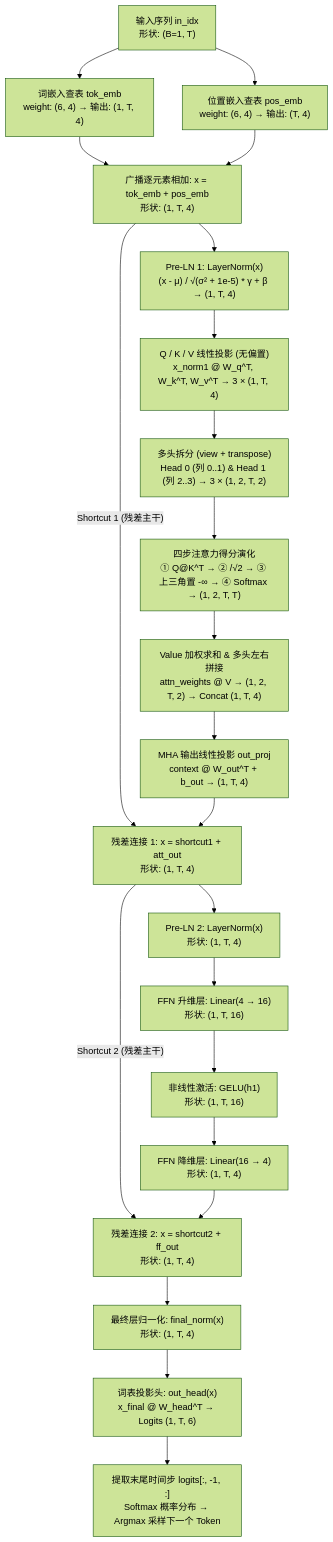
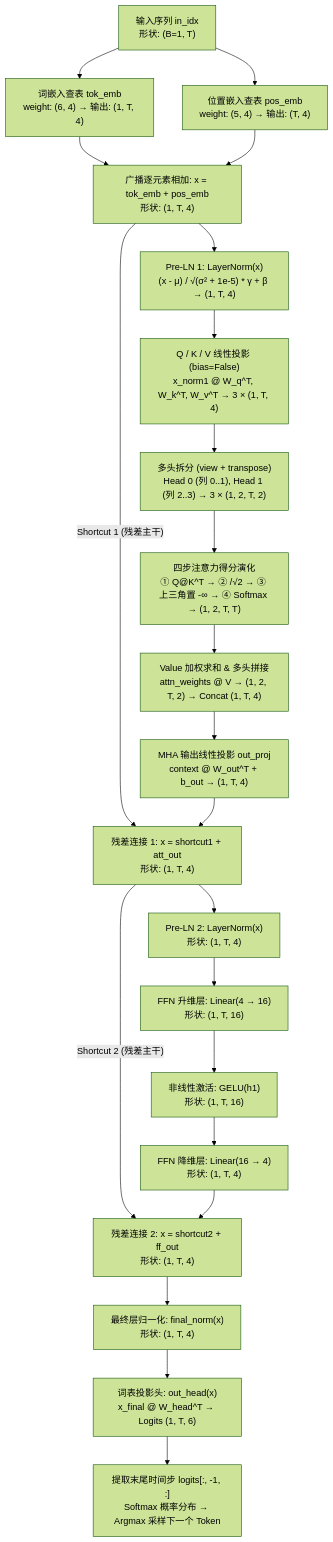
The diagram in gpt2toy/gpt2toy_dissection.md (kuafu/LLMs-from-scratch), drawn with Mermaid (forest theme) before and after one commit. The commit also changed other lines of this file and 12 other files, not shown here.

````diff
--- a/gpt2toy/gpt2toy_dissection.md
+++ b/gpt2toy/gpt2toy_dissection.md
@@ -17,24 +19,24 @@
 ```mermaid
 flowchart TD
     In["输入序列 in_idx<br/>形状: (B=1, T)"] --> TokEmb["词嵌入查表 tok_emb<br/>weight: (6, 4) → 输出: (1, T, 4)"]
-    In --> PosEmb["位置嵌入查表 pos_emb<br/>weight: (6, 4) → 输出: (T, 4)"]
+    In --> PosEmb["位置嵌入查表 pos_emb<br/>weight: (5, 4) → 输出: (T, 4)"]
     TokEmb --> AddEmb["广播逐元素相加: x = tok_emb + pos_emb<br/>形状: (1, T, 4)"]
     PosEmb --> AddEmb
     AddEmb --> LN1["Pre-LN 1: LayerNorm(x)<br/>(x - μ) / √(σ² + 1e-5) * γ + β → (1, T, 4)"]
-    LN1 --> QKV["Q / K / V 线性投影 (无偏置)<br/>x_norm1 @ W_q^T, W_k^T, W_v^T → 3 × (1, T, 4)"]
-    QKV --> Split["多头拆分 (view + transpose)<br/>Head 0 (列 0..1) & Head 1 (列 2..3) → 3 × (1, 2, T, 2)"]
+    LN1 --> QKV["Q / K / V 线性投影 (bias=False)<br/>x_norm1 @ W_q^T, W_k^T, W_v^T → 3 × (1, T, 4)"]
+    QKV --> Split["多头拆分 (view + transpose)<br/>Head 0 (列 0..1), Head 1 (列 2..3) → 3 × (1, 2, T, 2)"]
     Split --> Scores["四步注意力得分演化<br/>① Q@K^T → ② /√2 → ③ 上三角置 -∞ → ④ Softmax → (1, 2, T, T)"]
-    Scores --> Context["Value 加权求和 & 多头左右拼接<br/>attn_weights @ V → (1, 2, T, 2) → Concat (1, T, 4)"]
+    Scores --> Context["Value 加权求和 & 多头拼接<br/>attn_weights @ V → (1, 2, T, 2) → Concat (1, T, 4)"]
     Context --> OutProj["MHA 输出线性投影 out_proj<br/>context @ W_out^T + b_out → (1, T, 4)"]
     AddEmb -- "Shortcut 1 (残差主干)" --> Res1["残差连接 1: x = shortcut1 + att_out<br/>形状: (1, T, 4)"]
     OutProj --> Res1
     Res1 --> LN2["Pre-LN 2: LayerNorm(x)<br/>形状: (1, T, 4)"]
     LN2 --> FFN1["FFN 升维层: Linear(4 → 16)<br/>形状: (1, T, 16)"]
     FFN1 --> GELU["非线性激活: GELU(h1)<br/>形状: (1, T, 16)"]
     GELU --> FFN2["FFN 降维层: Linear(16 → 4)<br/>形状: (1, T, 4)"]
     Res1 -- "Shortcut 2 (残差主干)" --> Res2["残差连接 2: x = shortcut2 + ff_out<br/>形状: (1, T, 4)"]
     FFN2 --> Res2
     Res2 --> FinalLN["最终层归一化: final_norm(x)<br/>形状: (1, T, 4)"]
     FinalLN --> OutHead["词表投影头: out_head(x)<br/>x_final @ W_head^T → Logits (1, T, 6)"]
     OutHead --> NextTok["提取末尾时间步 logits[:, -1, :]<br/>Softmax 概率分布 → Argmax 采样下一个 Token"]
 ```
````
